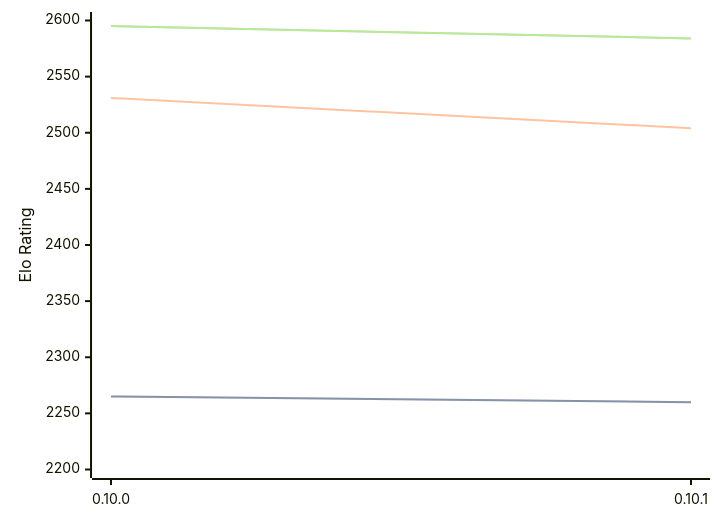
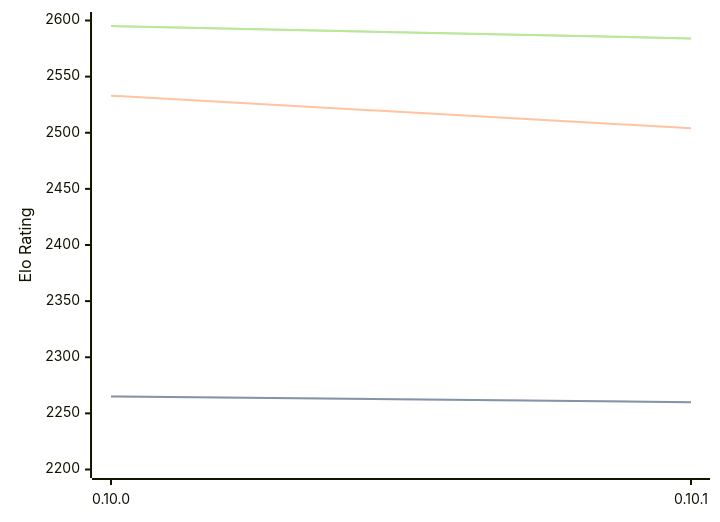
The first of 3 diagrams in engines/Fatalii.md (computer-chess-index/cci), drawn with Mermaid before and after one commit. The commit also changed other lines of this file, not shown here.

````diff
--- a/engines/Fatalii.md
+++ b/engines/Fatalii.md
@@ -46,11 +46,11 @@
 ```mermaid
 %%{init: {"theme":"base","themeVariables":{"seriesColors:['#a3a3a3','#222221','#faa371']}}}%%
 xychart-beta
   x-axis ["0.10.0", "0.10.1"]
   y-axis "Elo Rating" 2200 --> 2600
   line "STC (8.0+0.08s)" [2265, 2260]
   line "STC (8.0+0.08s)" [2265, 2260]
-  line "LTC (60.0+0.60s)" [2531, 2504]
+  line "LTC (60.0+0.60s)" [2533, 2504]
   line "VLTC (2m24s+1.12s)" [2595, 2584]
   line "VLTC (2m24s+1.12s)" [2595, 2584]
 ```
````
